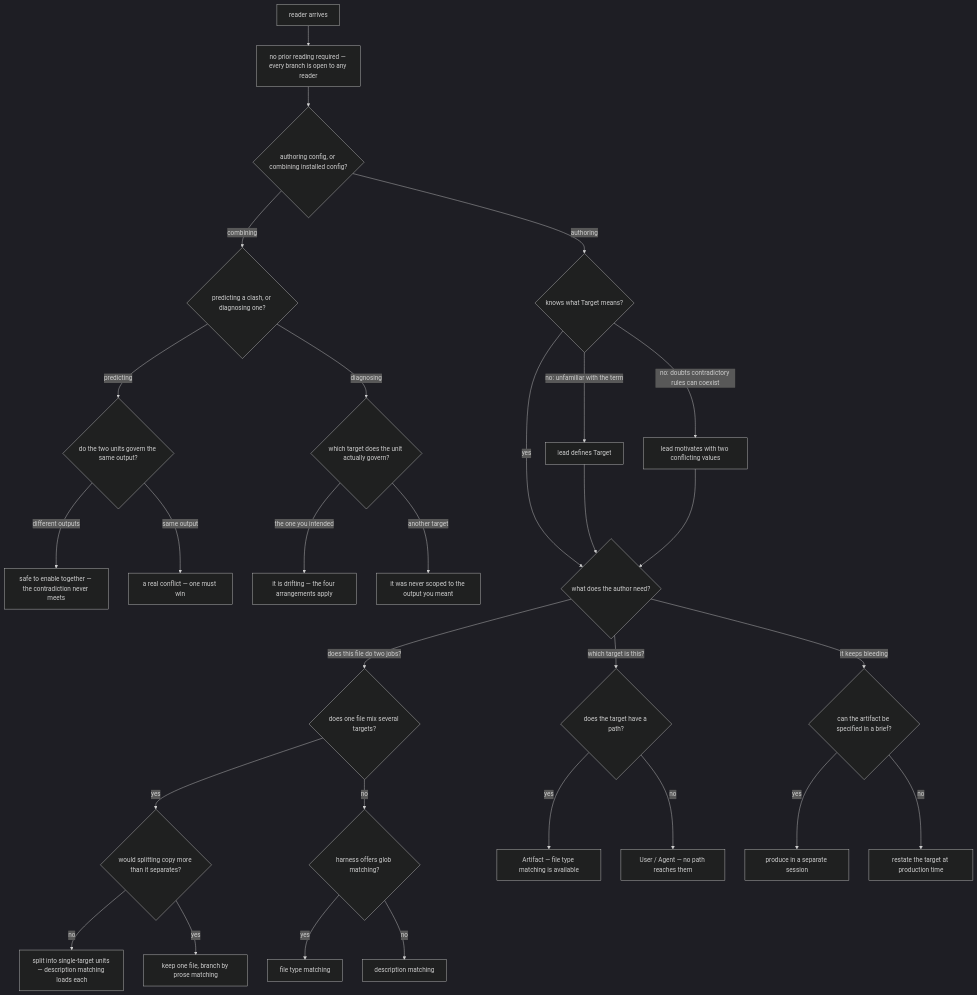
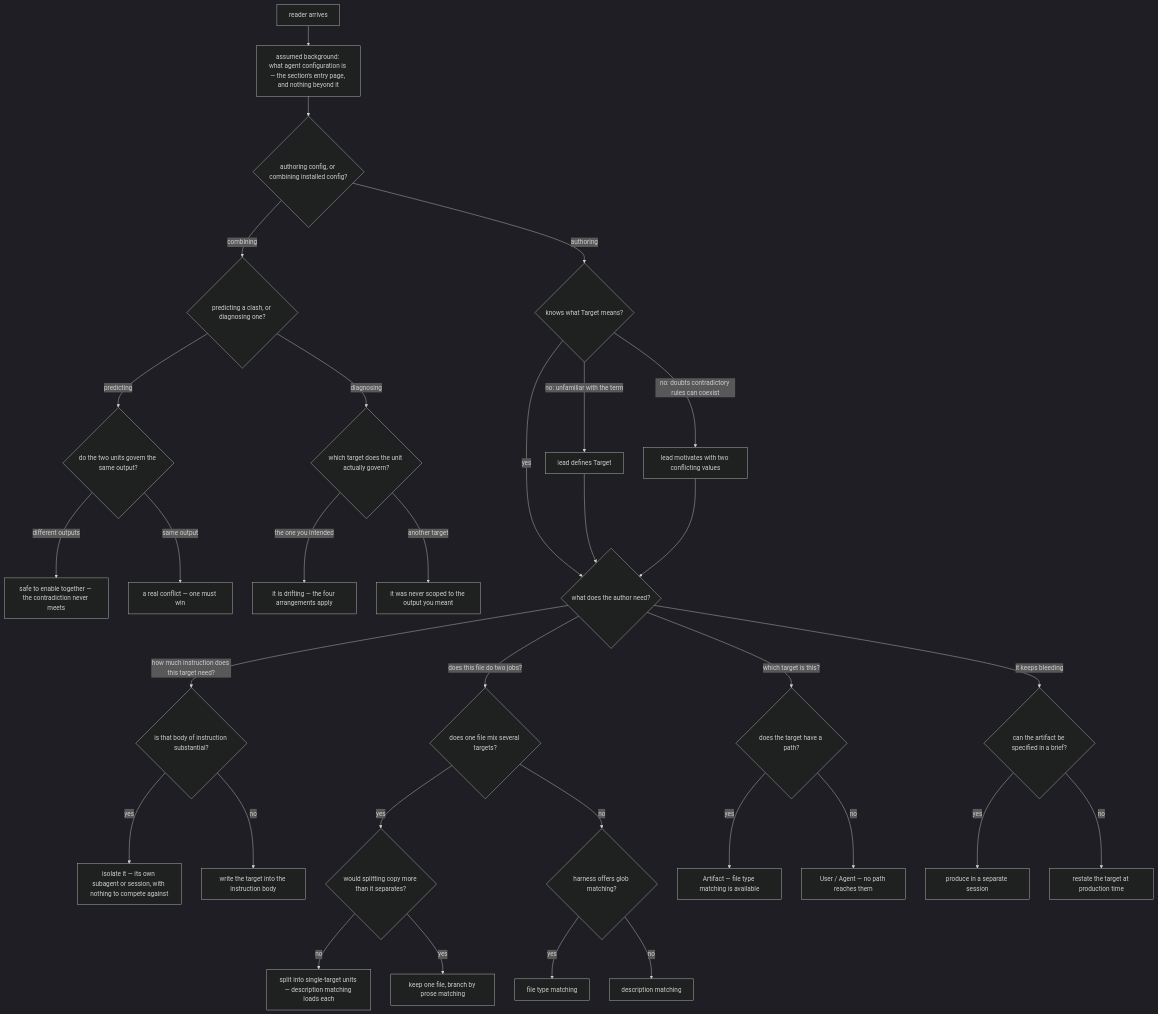
One commit to cyberuni/cyber-skills changed the diagram in apps/website/.agents/spec/content/docs/agent-configuration/instruction-target/README.md. Above: the diagram before and after it, drawn with Mermaid (dark theme). The commit also changed other lines of this file and 1 other file, not shown here.

First line of the commit message:
fix(specs): close seven spec-gate findings on the Target node

````diff
--- a/apps/website/.agents/spec/content/docs/agent-configuration/instruction-target/README.md
+++ b/apps/website/.agents/spec/content/docs/agent-configuration/instruction-target/README.md
@@ -142,37 +150,41 @@
 ```mermaid
 graph TD
-  S["reader arrives"] --> A["no prior reading required — every branch is open to any reader"]
-  A --> R{authoring config, or combining installed config?}
+  S["reader arrives"] --> E["assumed background: what agent configuration is — the section's entry page, and nothing beyond it"]
+  E --> R{authoring config, or combining installed config?}
 
   R -- combining --> W{predicting a clash, or diagnosing one?}
   W -- predicting --> Z{do the two units govern the same output?}
   Z -- "different outputs" --> Z1["safe to enable together — the contradiction never meets"]
   Z -- "same output" --> Z2["a real conflict — one must win"]
   W -- diagnosing --> V{which target does the unit actually govern?}
   V -- "the one you intended" --> V1["it is drifting — the four arrangements apply"]
   V -- "another target" --> V2["it was never scoped to the output you meant"]
 
   R -- authoring --> B{knows what Target means?}
   B -- "no: unfamiliar with the term" --> L1["lead defines Target"]
   B -- "no: doubts contradictory rules can coexist" --> L2["lead motivates with two conflicting values"]
   B -- yes --> D{what does the author need?}
   L1 --> D
   L2 --> D
 
   D -- "does this file do two jobs?" --> K{does one file mix several targets?}
   D -- "which target is this?" --> H{does the target have a path?}
   D -- "it keeps bleeding" --> P{can the artifact be specified in a brief?}
+  D -- "how much instruction does this target need?" --> N{is that body of instruction substantial?}
+
+  N -- yes --> N1["isolate it — its own subagent or session, with nothing to compete against"]
+  N -- no --> N2["write the target into the instruction body"]
 
   K -- yes --> K1{would splitting copy more than it separates?}
   K1 -- no --> K2["split into single-target units — description matching loads each"]
   K1 -- yes --> K3["keep one file, branch by prose matching"]
   K -- no --> M{harness offers glob matching?}
   M -- yes --> M1["file type matching"]
   M -- no --> M2["description matching"]
 
   H -- yes --> H1["Artifact — file type matching is available"]
   H -- no --> H2["User / Agent — no path reaches them"]
 
   P -- yes --> P1["produce in a separate session"]
   P -- no --> P2["restate the target at production time"]
 ```
````
